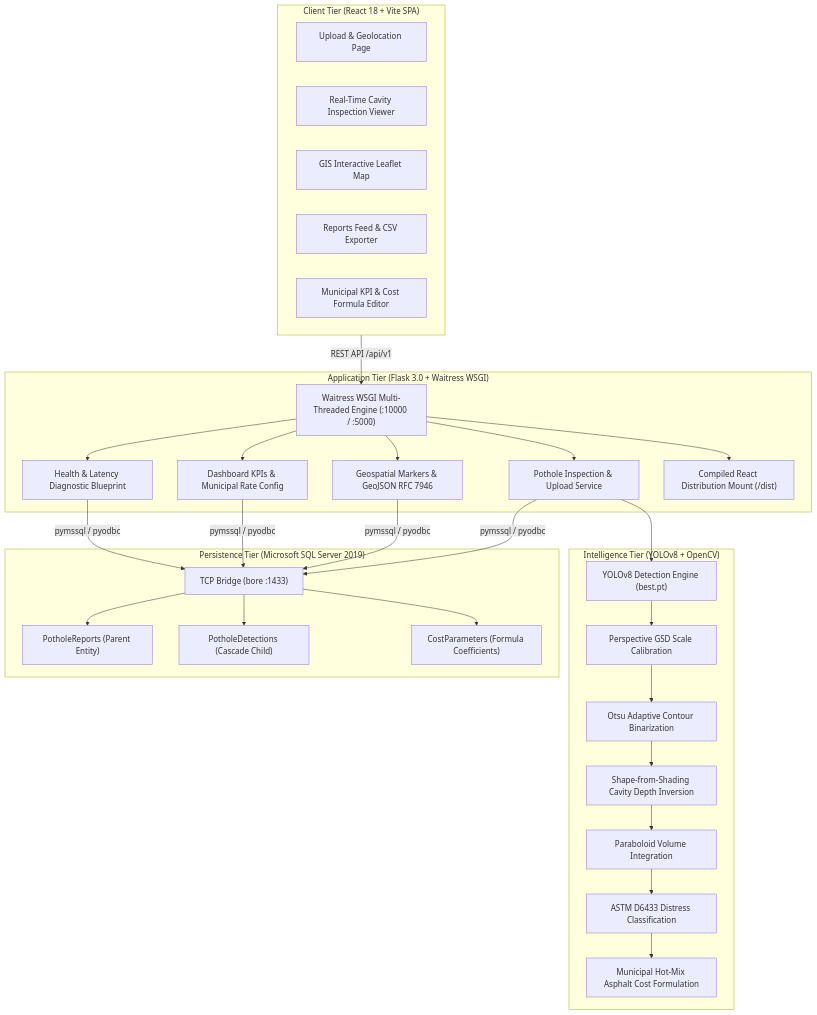
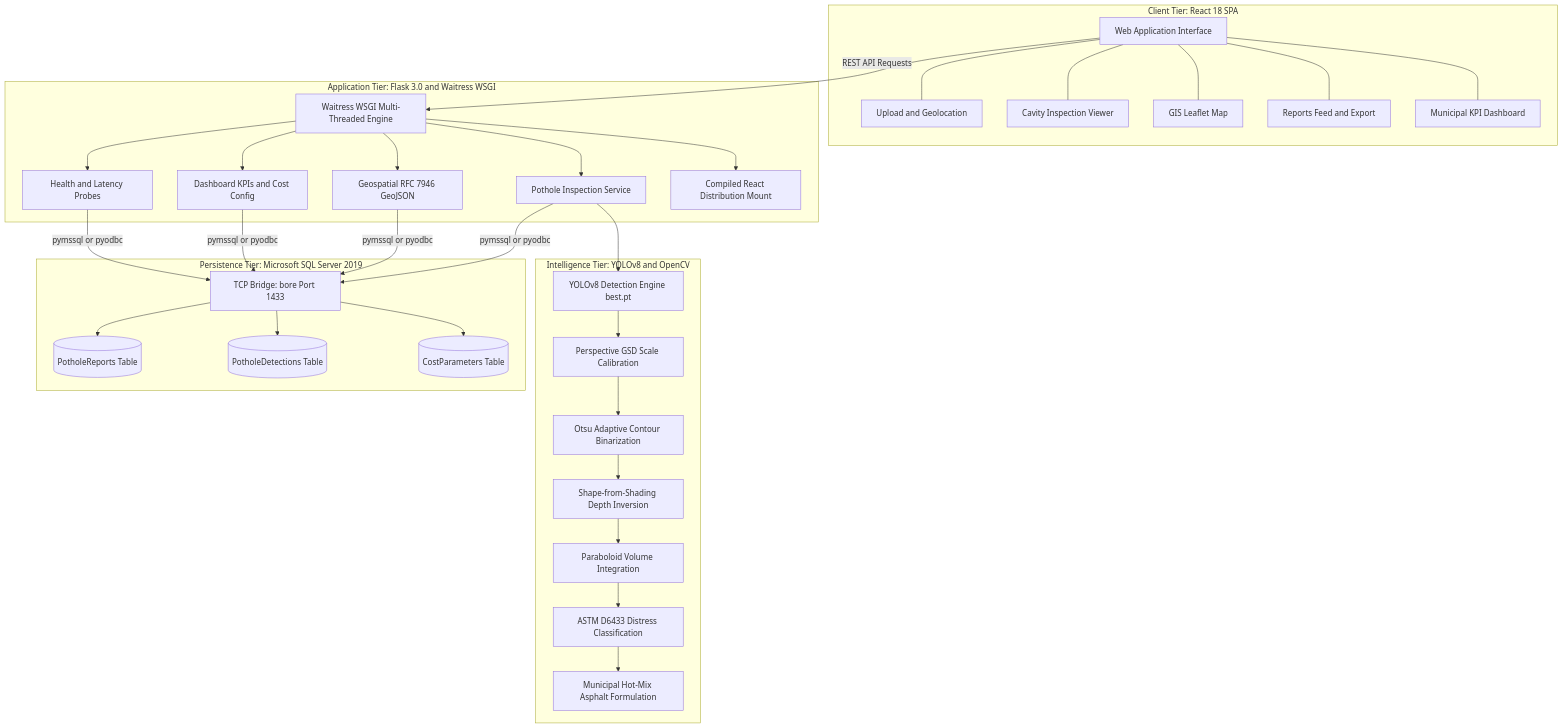
The diagram in README.md (Dhruva-SZP/AI-Pothole-Detection-with-Cost-Estimation), drawn with Mermaid before and after one commit. The commit also changed other lines of this file, not shown here.

Commit message:
docs: fix mermaid syntax and LaTeX math text-mode underscores for GitHub renderer

````diff
--- a/README.md
+++ b/README.md
@@ -112,59 +128,65 @@
 ```mermaid
 flowchart TD
-    subgraph Client ["Client Tier (React 18 + Vite SPA)"]
-        UI_Upload["Upload & Geolocation Page"]
-        UI_Results["Real-Time Cavity Inspection Viewer"]
-        UI_Map["GIS Interactive Leaflet Map"]
-        UI_Feed["Reports Feed & CSV Exporter"]
-        UI_Admin["Municipal KPI & Cost Formula Editor"]
+    subgraph Client["Client Tier: React 18 SPA"]
+        UI["Web Application Interface"]
+        UI_Upload["Upload and Geolocation"]
+        UI_Viewer["Cavity Inspection Viewer"]
+        UI_Map["GIS Leaflet Map"]
+        UI_Feed["Reports Feed and Export"]
+        UI_Admin["Municipal KPI Dashboard"]
+        UI --- UI_Upload
+        UI --- UI_Viewer
+        UI --- UI_Map
+        UI --- UI_Feed
+        UI --- UI_Admin
     end
 
-    subgraph Server ["Application Tier (Flask 3.0 + Waitress WSGI)"]
-        WSGI["Waitress WSGI Multi-Threaded Engine (:10000 / :5000)"]
-        API_Health["Health & Latency Diagnostic Blueprint"]
-        API_Reports["Pothole Inspection & Upload Service"]
-        API_Map["Geospatial Markers & GeoJSON RFC 7946"]
-        API_Admin["Dashboard KPIs & Municipal Rate Config"]
-        Static["Compiled React Distribution Mount (/dist)"]
+    subgraph Server["Application Tier: Flask 3.0 and Waitress WSGI"]
+        WSGI["Waitress WSGI Multi-Threaded Engine"]
+        API_Health["Health and Latency Probes"]
+        API_Reports["Pothole Inspection Service"]
+        API_Map["Geospatial RFC 7946 GeoJSON"]
+        API_Admin["Dashboard KPIs and Cost Config"]
+        Static["Compiled React Distribution Mount"]
     end
 
-    subgraph CV ["Intelligence Tier (YOLOv8 + OpenCV)"]
-        YOLO["YOLOv8 Detection Engine (best.pt)"]
+    subgraph CV["Intelligence Tier: YOLOv8 and OpenCV"]
+        YOLO["YOLOv8 Detection Engine best.pt"]
         GSD["Perspective GSD Scale Calibration"]
         Otsu["Otsu Adaptive Contour Binarization"]
-        Depth["Shape-from-Shading Cavity Depth Inversion"]
+        Depth["Shape-from-Shading Depth Inversion"]
         Volume["Paraboloid Volume Integration"]
         ASTM["ASTM D6433 Distress Classification"]
-        Cost["Municipal Hot-Mix Asphalt Cost Formulation"]
+        Cost["Municipal Hot-Mix Asphalt Formulation"]
     end
 
-    subgraph Database ["Persistence Tier (Microsoft SQL Server 2019)"]
-        SQL_Reports["PotholeReports (Parent Entity)"]
-        SQL_Detections["PotholeDetections (Cascade Child)"]
-        SQL_CostParams["CostParameters (Formula Coefficients)"]
-        Tunnel["TCP Bridge (bore :1433)"]
+    subgraph Database["Persistence Tier: Microsoft SQL Server 2019"]
+        SQL_Reports[("PotholeReports Table")]
+        SQL_Detections[("PotholeDetections Table")]
+        SQL_CostParams[("CostParameters Table")]
+        Tunnel["TCP Bridge: bore Port 1433"]
     end
 
-    Client -->|REST API /api/v1| WSGI
+    UI -->|REST API Requests| WSGI
     WSGI --> API_Health
     WSGI --> API_Reports
     WSGI --> API_Map
     WSGI --> API_Admin
     WSGI --> Static
 
     API_Reports --> YOLO
     YOLO --> GSD
     GSD --> Otsu
     Otsu --> Depth
     Depth --> Volume
     Volume --> ASTM
     ASTM --> Cost
 
-    API_Reports -->|pymssql / pyodbc| Tunnel
-    API_Map -->|pymssql / pyodbc| Tunnel
-    API_Admin -->|pymssql / pyodbc| Tunnel
-    API_Health -->|pymssql / pyodbc| Tunnel
+    API_Reports -->|pymssql or pyodbc| Tunnel
+    API_Map -->|pymssql or pyodbc| Tunnel
+    API_Admin -->|pymssql or pyodbc| Tunnel
+    API_Health -->|pymssql or pyodbc| Tunnel
     Tunnel --> SQL_Reports
     Tunnel --> SQL_Detections
     Tunnel --> SQL_CostParams
 ```
````
